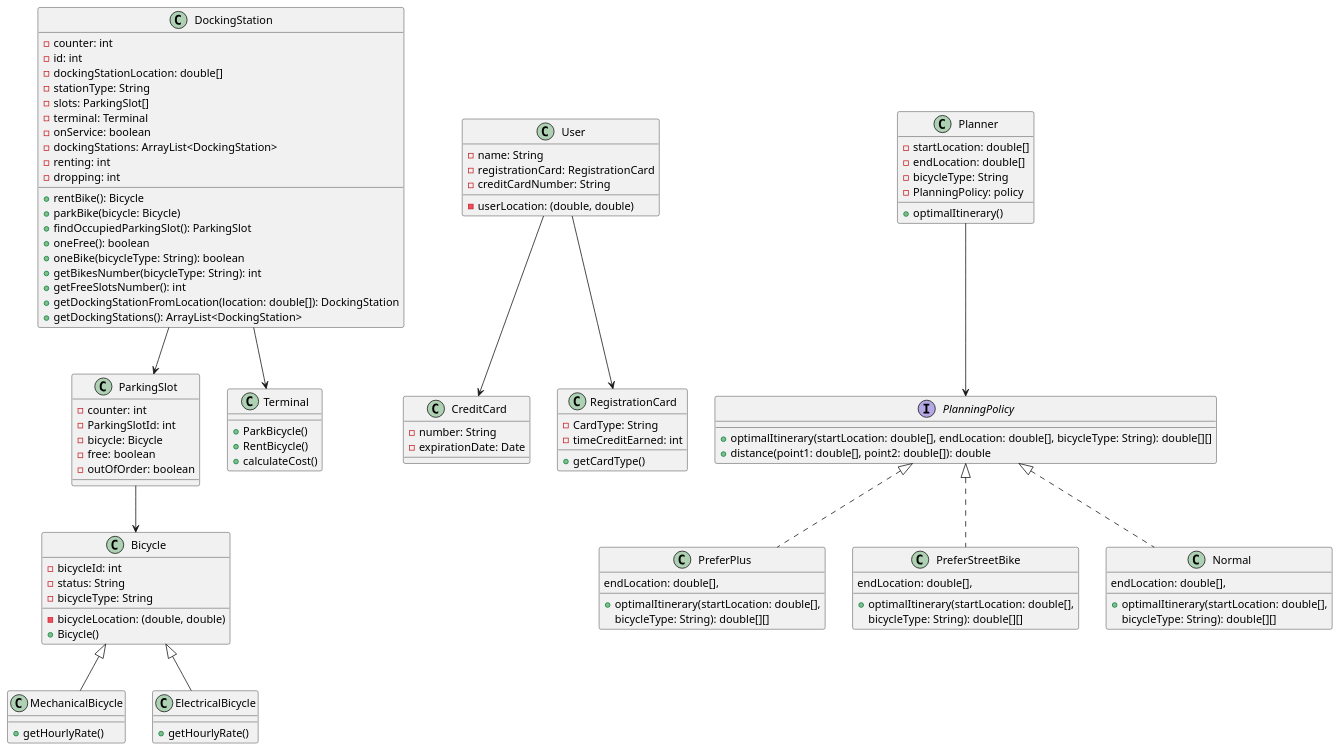
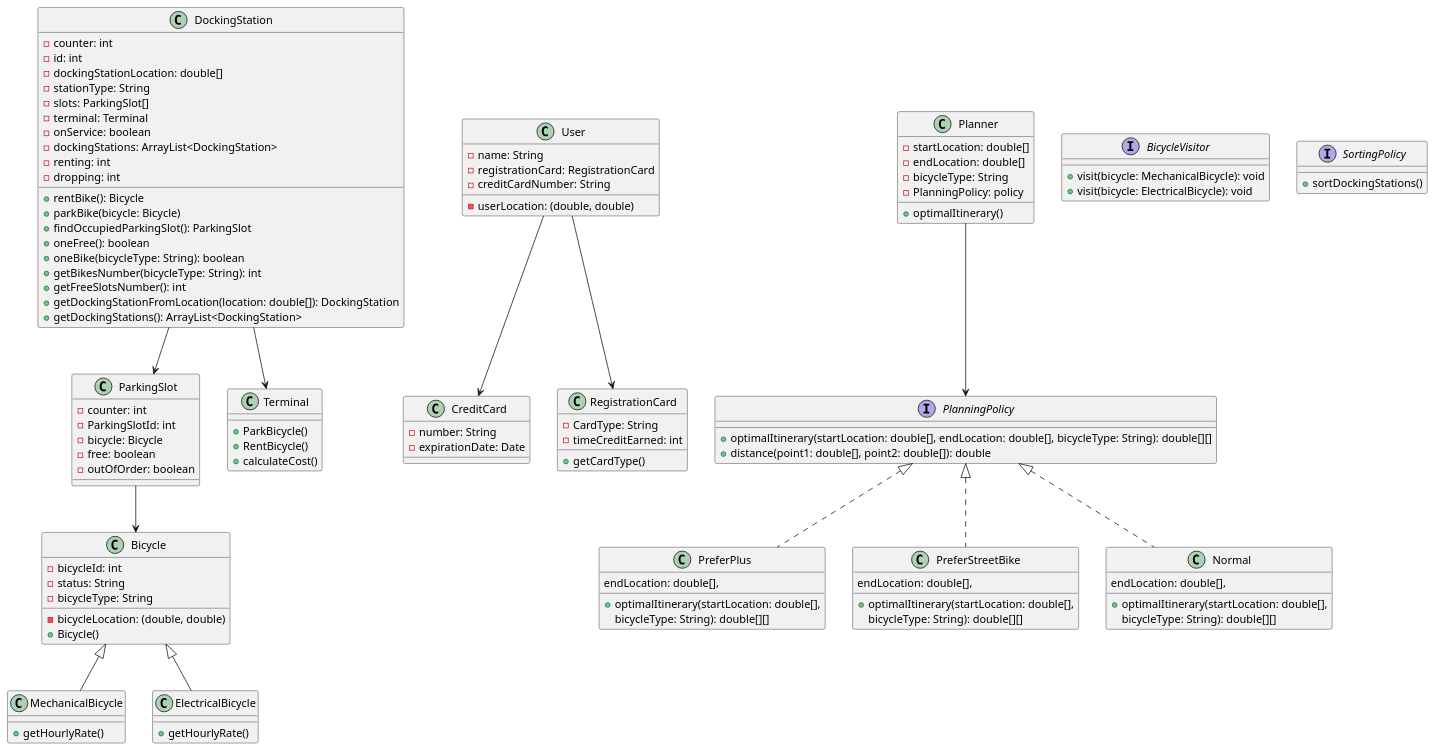
Before and after one commit to louislhotte/myVelib: the diagram in src/main/java/fr/cs/GroupNN/myVelib/UML.puml, drawn with PlantUML.

```diff
--- a/src/main/java/fr/cs/GroupNN/myVelib/UML.puml
+++ b/src/main/java/fr/cs/GroupNN/myVelib/UML.puml
@@ -1,112 +1,121 @@
 @startuml
  class DockingStation {
         - counter: int
         - id: int
         - dockingStationLocation: double[]
         - stationType: String
         - slots: ParkingSlot[]
         - terminal: Terminal
         - onService: boolean
         - dockingStations: ArrayList<DockingStation>
         - renting: int
         - dropping: int
 
         + rentBike(): Bicycle
         + parkBike(bicycle: Bicycle)
         + findOccupiedParkingSlot(): ParkingSlot
         + oneFree(): boolean
         + oneBike(bicycleType: String): boolean
         + getBikesNumber(bicycleType: String): int
         + getFreeSlotsNumber(): int
         + getDockingStationFromLocation(location: double[]): DockingStation
         + getDockingStations(): ArrayList<DockingStation>
     }
 
 class ParkingSlot {
      - counter: int
      - ParkingSlotId: int
      - bicycle: Bicycle
      - free: boolean
      - outOfOrder: boolean
 }
 
 class Bicycle {
     - bicycleId: int
     - bicycleLocation: (double, double)
     - status: String
     - bicycleType: String
     + Bicycle()
 }
 
 class MechanicalBicycle extends Bicycle {
     + getHourlyRate()
 }
 
 class ElectricalBicycle extends Bicycle {
 + getHourlyRate()
 }
 
 class User {
     - name: String
     - userLocation: (double, double)
     - registrationCard: RegistrationCard
     - creditCardNumber: String
 }
 
 class CreditCard {
     - number: String
     - expirationDate: Date
 }
 
 class RegistrationCard {
     - CardType: String
     - timeCreditEarned: int
     + getCardType()
 }
 
 class Terminal {
     + ParkBicycle()
     + RentBicycle()
     + calculateCost()
 }
 
 class Planner {
 -startLocation: double[]
 -endLocation: double[]
 -bicycleType: String
 -PlanningPolicy: policy
 +optimalItinerary()
 }
 
 interface PlanningPolicy {
         +optimalItinerary(startLocation: double[], endLocation: double[], bicycleType: String): double[][]
         +distance(point1: double[], point2: double[]): double
 }
 
 class PreferPlus implements PlanningPolicy {
         + optimalItinerary(startLocation: double[],
         endLocation: double[],
         bicycleType: String): double[][]
 }
 
 class PreferStreetBike implements PlanningPolicy {
         + optimalItinerary(startLocation: double[],
         endLocation: double[],
         bicycleType: String): double[][]
     }
 
 
 class Normal implements PlanningPolicy {
         + optimalItinerary(startLocation: double[],
         endLocation: double[],
         bicycleType: String): double[][]
     }
 
+interface BicycleVisitor {
+        + visit(bicycle: MechanicalBicycle): void
+        + visit(bicycle: ElectricalBicycle): void
+    }
+
+interface SortingPolicy {
++sortDockingStations()
+}
+
 
 Planner --> PlanningPolicy
 DockingStation --> ParkingSlot
 DockingStation --> Terminal
 ParkingSlot --> Bicycle
 User --> CreditCard
 User --> RegistrationCard
 @enduml
```
